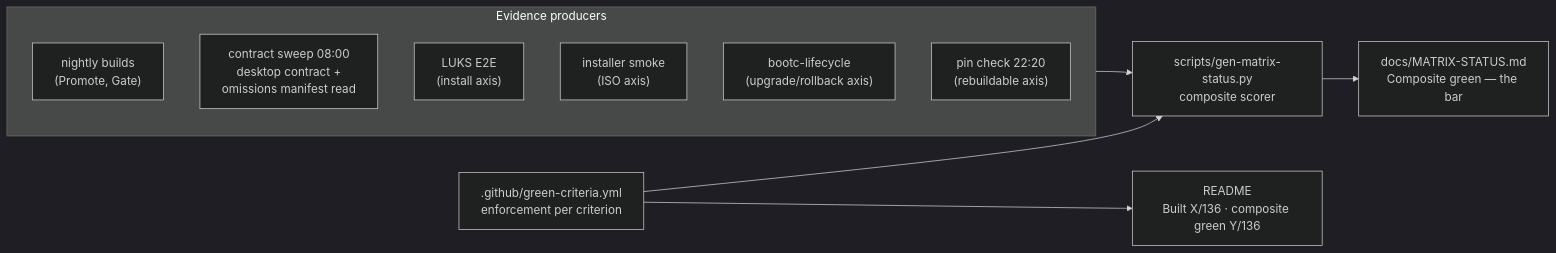
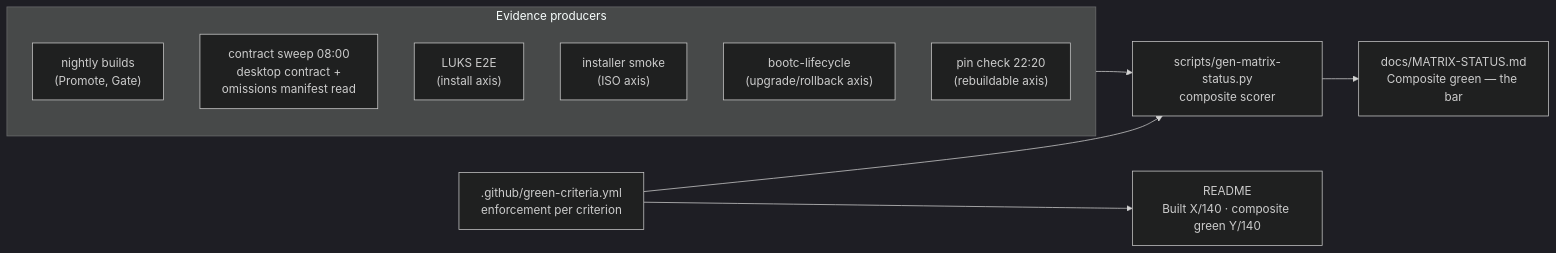
The fifth of 5 diagrams in docs/DEVELOPER-GUIDE.md (tuna-os/tunaOS), drawn with Mermaid (dark theme) before and after one commit. The commit also changed other lines of this file and 13 other files, not shown here.

````diff
--- a/docs/DEVELOPER-GUIDE.md
+++ b/docs/DEVELOPER-GUIDE.md
@@ -258,20 +258,20 @@
 ```mermaid
 flowchart LR
     subgraph evidence["Evidence producers"]
         BLD["nightly builds<br/>(Promote, Gate)"]
         SWEEP["contract sweep 08:00<br/>desktop contract +<br/>omissions manifest read"]
         LUKS["LUKS E2E<br/>(install axis)"]
         ISO["installer smoke<br/>(ISO axis)"]
         LC["bootc-lifecycle<br/>(upgrade/rollback axis)"]
         PIN["pin check 22:20<br/>(rebuildable axis)"]
     end
     CRIT[".github/green-criteria.yml<br/>enforcement per criterion"]
     GEN["scripts/gen-matrix-status.py<br/>composite scorer"]
     MS["docs/MATRIX-STATUS.md<br/>Composite green — the bar"]
-    RM["README<br/>Built X/136 · composite green Y/136"]
+    RM["README<br/>Built X/140 · composite green Y/140"]
 
     evidence --> GEN
     CRIT --> GEN
     GEN --> MS
     CRIT --> RM
 ```
````
